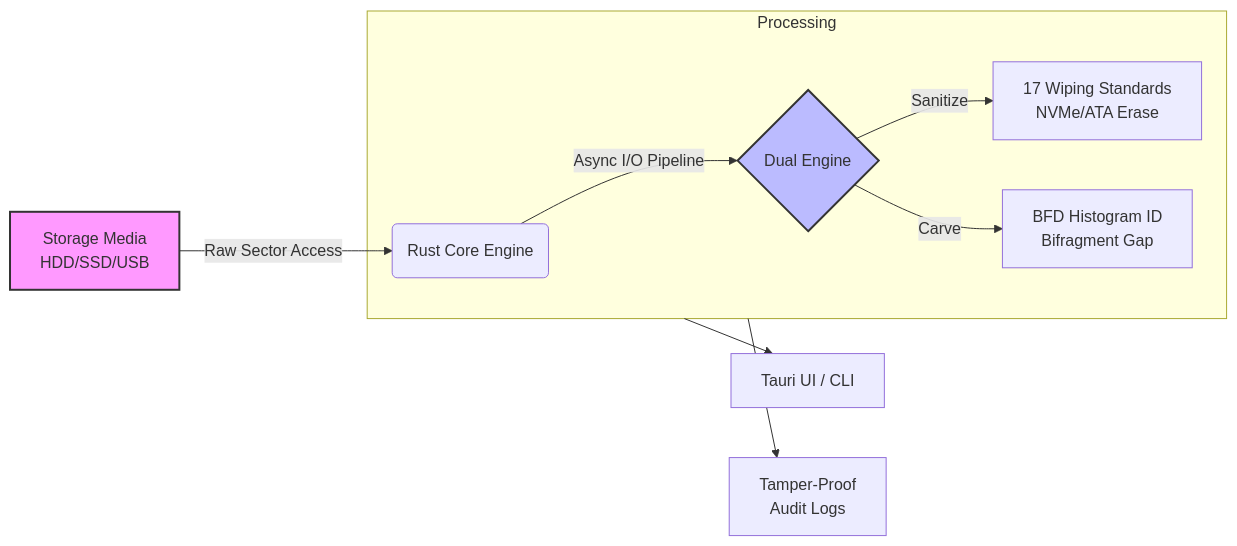
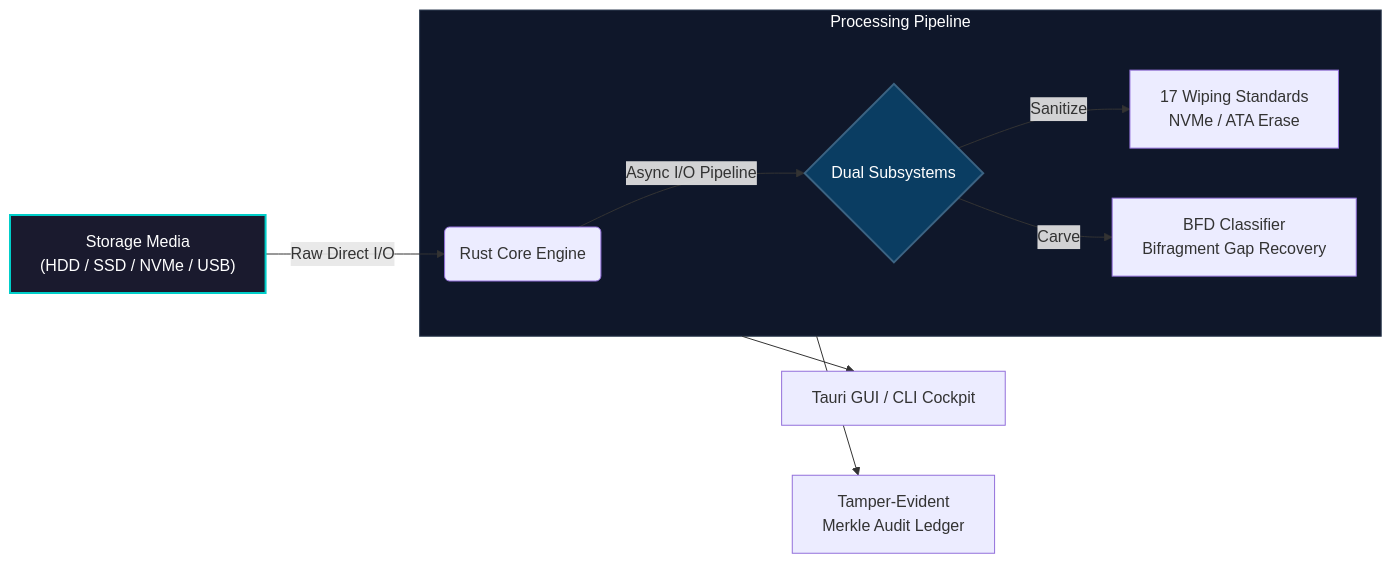
One commit to nishchaydev/Void-Vault changed the first of 2 diagrams in docs/diagrams/system-architecture.md. Above: the diagram before and after it, drawn with Mermaid. The commit also changed other lines of this file and 2 other files, not shown here.

First line of the commit message:
fix(diagrams): fix Mermaid syntax errors and relative links

````diff
--- a/docs/diagrams/system-architecture.md
+++ b/docs/diagrams/system-architecture.md
@@ -7,16 +9,17 @@
 ```mermaid
 flowchart LR
-    A[Storage Media<br/>HDD/SSD/USB] -->|Raw Sector Access| B(Rust Core Engine)
+    A["Storage Media<br/>(HDD / SSD / NVMe / USB)"] -->|"Raw Direct I/O"| B("Rust Core Engine")
     
-    subgraph Processing
-    B -->|Async I/O Pipeline| C{Dual Engine}
-    C -->|Sanitize| D[17 Wiping Standards<br/>NVMe/ATA Erase]
-    C -->|Carve| E[BFD Histogram ID<br/>Bifragment Gap]
+    subgraph Processing ["Processing Pipeline"]
+        B -->|"Async I/O Pipeline"| C{"Dual Subsystems"}
+        C -->|"Sanitize"| D["17 Wiping Standards<br/>NVMe / ATA Erase"]
+        C -->|"Carve"| E["BFD Classifier<br/>Bifragment Gap Recovery"]
     end
     
-    Processing --> F[Tauri UI / CLI]
-    Processing --> G[Tamper-Proof<br/>Audit Logs]
+    Processing --> F["Tauri GUI / CLI Cockpit"]
+    Processing --> G["Tamper-Evident<br/>Merkle Audit Ledger"]
     
-    style A fill:#f9f,stroke:#333,stroke-width:2px
-    style C fill:#bbf,stroke:#333,stroke-width:2px
+    style A fill:#1a1a2e,color:#fff,stroke:#00cec9,stroke-width:2px
+    style C fill:#0a3d62,color:#fff,stroke:#3c6382,stroke-width:2px
+    style Processing fill:#0f172a,color:#fff,stroke:#334155,stroke-width:1px
 ```
````
